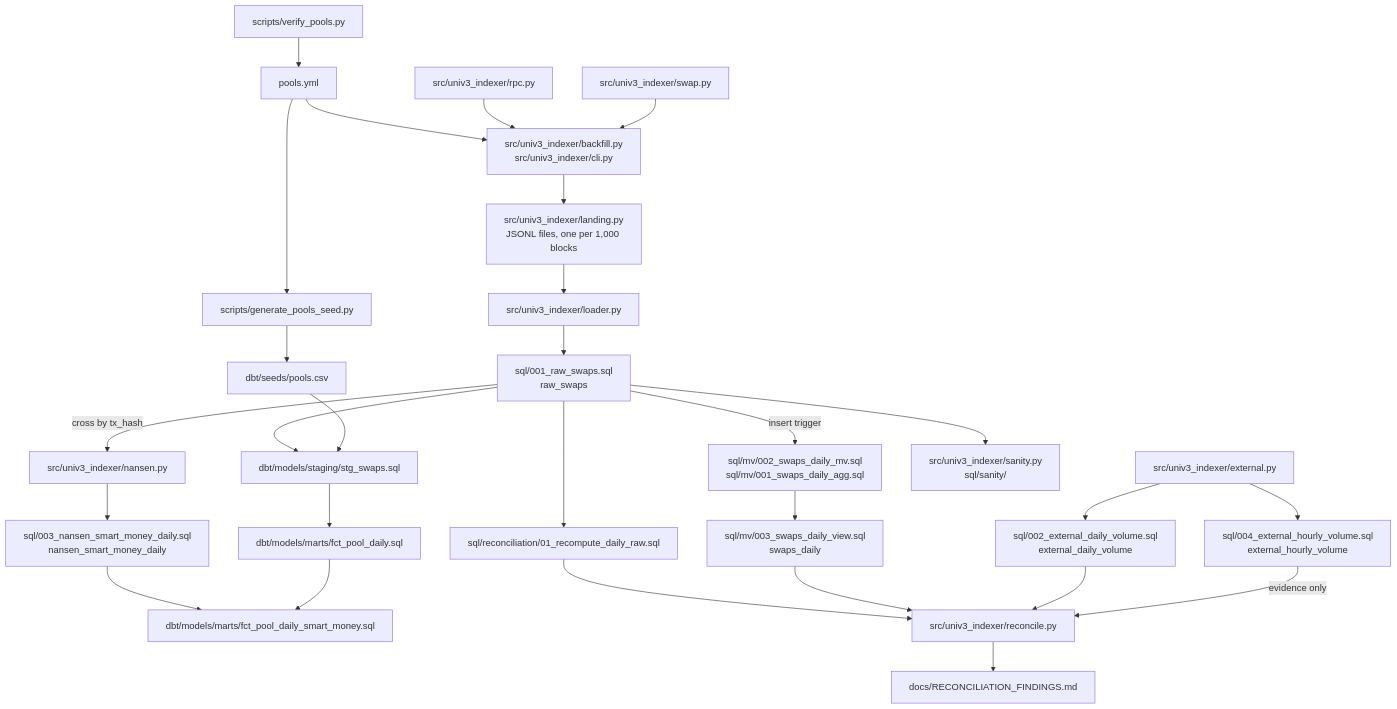
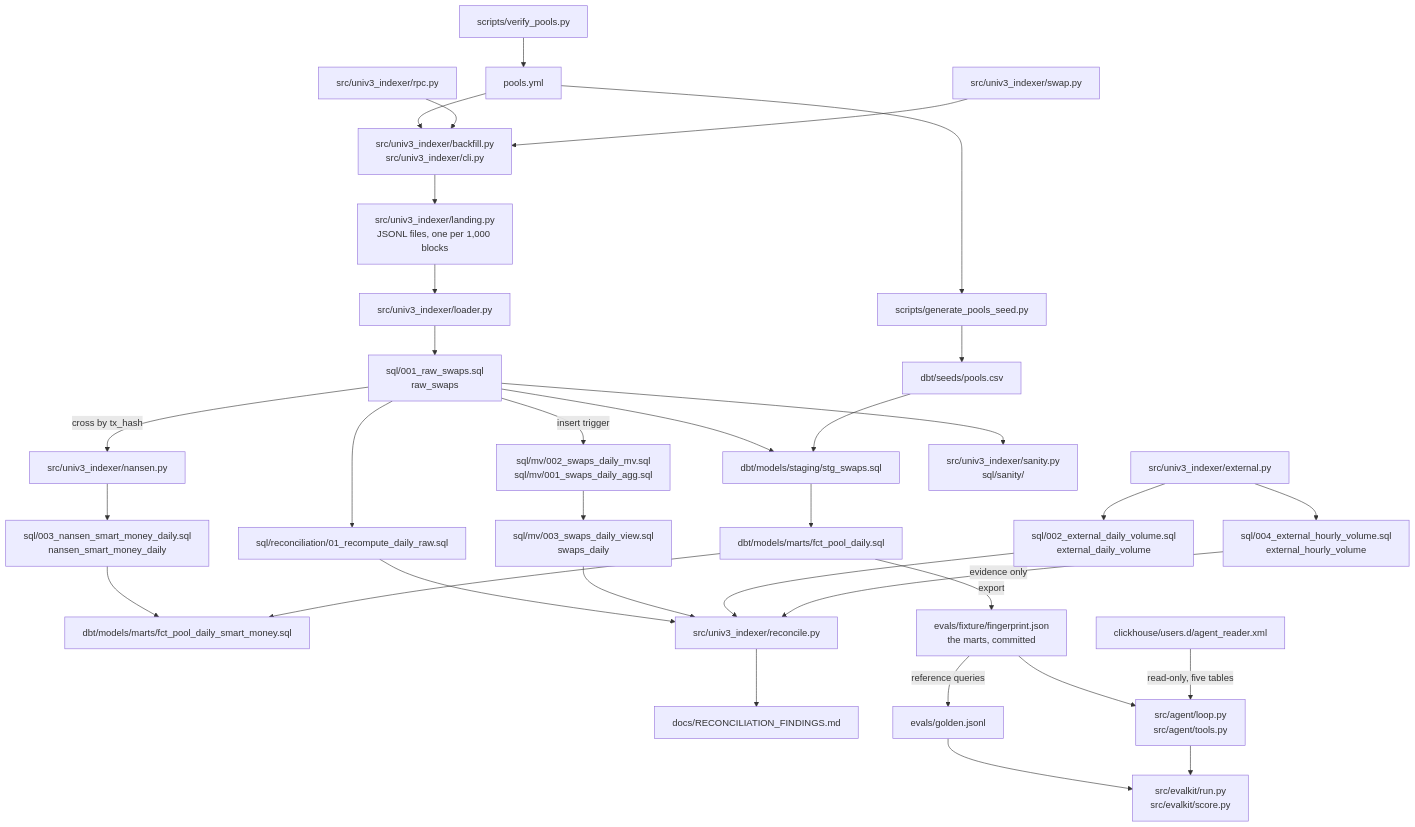
Before and after one commit to orwee/univ3-clickhouse-indexer: the first of 2 diagrams in README.md, drawn with Mermaid. The commit also changed other lines of this file and 2 other files, not shown here.

First line of the commit message:
The README: data first, the agent and its evaluation, and what is true today

````diff
--- a/README.md
+++ b/README.md
@@ -45,54 +63,65 @@
 ```mermaid
 flowchart TD
     pools["pools.yml"]
     verify["scripts/verify_pools.py"]
     rpc["src/univ3_indexer/rpc.py"]
     swap["src/univ3_indexer/swap.py"]
     backfill["src/univ3_indexer/backfill.py<br/>src/univ3_indexer/cli.py"]
     landing["src/univ3_indexer/landing.py<br/>JSONL files, one per 1,000 blocks"]
     loader["src/univ3_indexer/loader.py"]
     raw["sql/001_raw_swaps.sql<br/>raw_swaps"]
     mv["sql/mv/002_swaps_daily_mv.sql<br/>sql/mv/001_swaps_daily_agg.sql"]
     daily["sql/mv/003_swaps_daily_view.sql<br/>swaps_daily"]
     seedgen["scripts/generate_pools_seed.py"]
     seed["dbt/seeds/pools.csv"]
     stg["dbt/models/staging/stg_swaps.sql"]
     mart["dbt/models/marts/fct_pool_daily.sql"]
     ext["src/univ3_indexer/external.py"]
     exttable["sql/002_external_daily_volume.sql<br/>external_daily_volume"]
     exthourly["sql/004_external_hourly_volume.sql<br/>external_hourly_volume"]
     nansen["src/univ3_indexer/nansen.py"]
     nansentable["sql/003_nansen_smart_money_daily.sql<br/>nansen_smart_money_daily"]
     smartmart["dbt/models/marts/fct_pool_daily_smart_money.sql"]
     findings["docs/RECONCILIATION_FINDINGS.md"]
     recompute["sql/reconciliation/01_recompute_daily_raw.sql"]
     reconcile["src/univ3_indexer/reconcile.py"]
     sanity["src/univ3_indexer/sanity.py<br/>sql/sanity/"]
+    fixture["evals/fixture/fingerprint.json<br/>the marts, committed"]
+    reader["clickhouse/users.d/agent_reader.xml"]
+    agent["src/agent/loop.py<br/>src/agent/tools.py"]
+    golden["evals/golden.jsonl"]
+    runner["src/evalkit/run.py<br/>src/evalkit/score.py"]
 
     verify --> pools
     pools --> backfill
     rpc --> backfill
     swap --> backfill
     backfill --> landing
     landing --> loader
     loader --> raw
     raw -- "insert trigger" --> mv
     mv --> daily
     pools --> seedgen --> seed
     raw --> stg
     seed --> stg
     stg --> mart
     ext --> exttable
     ext --> exthourly
     raw --> recompute
     recompute --> reconcile
     daily --> reconcile
     exttable --> reconcile
     exthourly -- "evidence only" --> reconcile
     reconcile --> findings
     raw -- "cross by tx_hash" --> nansen
     nansen --> nansentable
     nansentable --> smartmart
     mart --> smartmart
     raw --> sanity
+    mart -- "export" --> fixture
+    fixture -- "reference queries" --> golden
+    fixture --> agent
+    reader -- "read-only, five tables" --> agent
+    golden --> runner
+    agent --> runner
 ```
````
